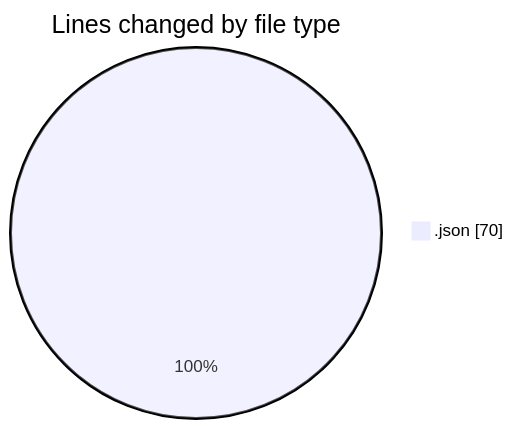
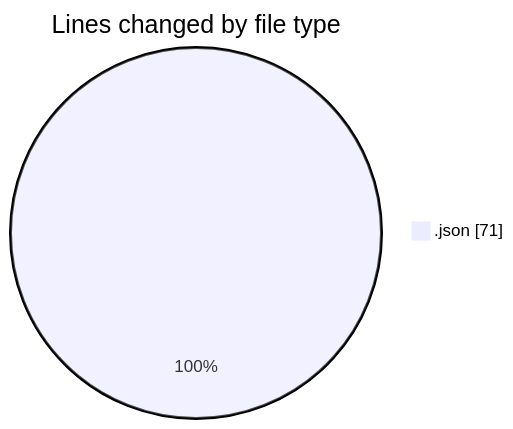
Before and after one commit to momahboobian/code-tracking: the first of 2 diagrams in 2025-05-13/cda/README.md, drawn with Mermaid. The commit also changed other lines of this file and 1 other file, not shown here.

````diff
--- a/2025-05-13/cda/README.md
+++ b/2025-05-13/cda/README.md
@@ -20,5 +20,5 @@
 ```mermaid
 pie showData
 title Lines changed by file type
-".json" : 70
+".json" : 71
 ```
````
